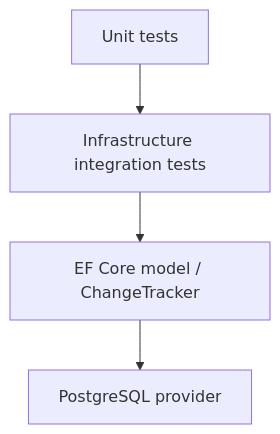
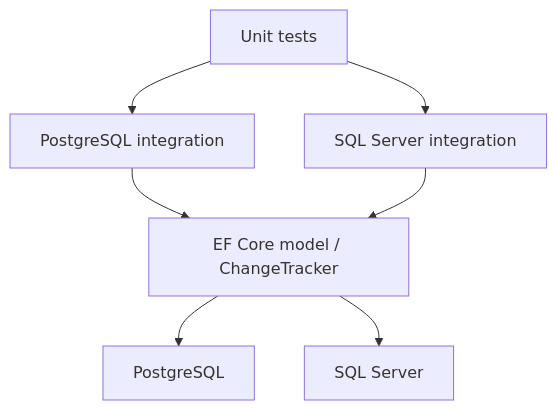
The diagram in Documentation/TESTING.md (Kukulcan-Software-Designer/KUKULCAN.SharedKernel.Database), drawn with Mermaid before and after one commit. The commit also changed other lines of this file, not shown here.

Commit message:
docs: update testing strategy for provider-specific integration projects

````diff
--- a/Documentation/TESTING.md
+++ b/Documentation/TESTING.md
@@ -66,6 +84,9 @@
 ``` mermaid
 flowchart TD
-    U["Unit tests"] --> I["Infrastructure integration tests"]
-    I --> EF["EF Core model / ChangeTracker"]
-    EF --> DB["PostgreSQL provider"]
+    U["Unit tests"] --> P1["PostgreSQL integration"]
+    U --> P2["SQL Server integration"]
+    P1 --> EF["EF Core model / ChangeTracker"]
+    P2 --> EF
+    EF --> DB1["PostgreSQL"]
+    EF --> DB2["SQL Server"]
 ```
````
